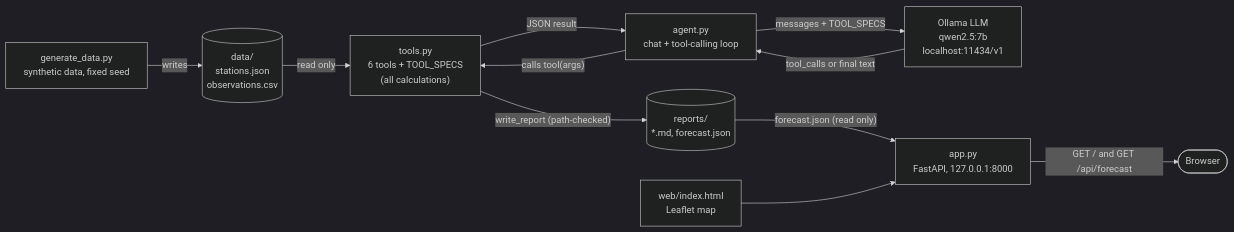
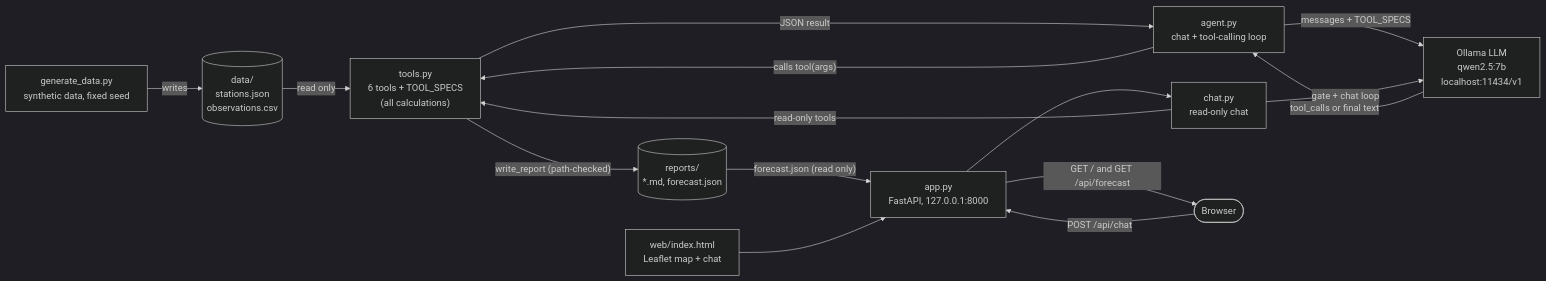
Before and after one commit to nil9/weather-agent: the diagram in README.md, drawn with Mermaid (dark theme). The commit also changed other lines of this file and 10 other files, not shown here.

````diff
--- a/README.md
+++ b/README.md
@@ -64,23 +72,28 @@
 ```mermaid
 flowchart LR
     gen["generate_data.py<br/>synthetic data, fixed seed"]
     data[("data/<br/>stations.json<br/>observations.csv")]
     tools["tools.py<br/>6 tools + TOOL_SPECS<br/>(all calculations)"]
     agent["agent.py<br/>chat + tool-calling loop"]
     llm["Ollama LLM<br/>qwen2.5:7b<br/>localhost:11434/v1"]
     reports[("reports/<br/>*.md, forecast.json")]
     app["app.py<br/>FastAPI, 127.0.0.1:8000"]
-    web["web/index.html<br/>Leaflet map"]
+    web["web/index.html<br/>Leaflet map + chat"]
+    chat["chat.py<br/>read-only chat"]
     browser(["Browser"])
 
     gen -->|writes| data
     data -->|read only| tools
     agent -->|"calls tool(args)"| tools
     tools -->|JSON result| agent
     agent -->|"messages + TOOL_SPECS"| llm
     llm -->|"tool_calls or final text"| agent
     tools -->|"write_report (path-checked)"| reports
     reports -->|"forecast.json (read only)"| app
     web --> app
     app -->|"GET / and GET /api/forecast"| browser
+    browser -->|"POST /api/chat"| app
+    app --> chat
+    chat -->|"gate + chat loop"| llm
+    chat -->|"read-only tools"| tools
 ```
````
